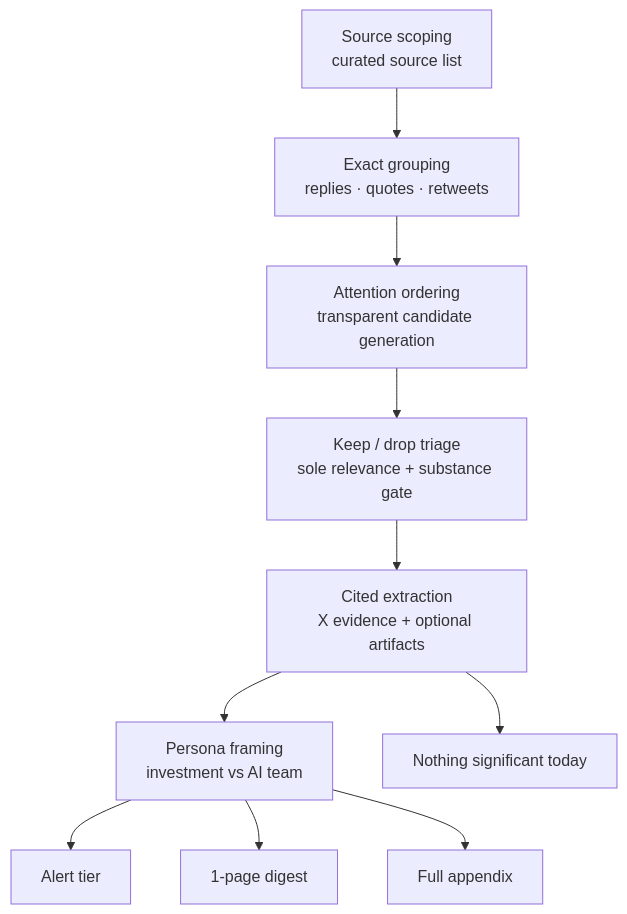
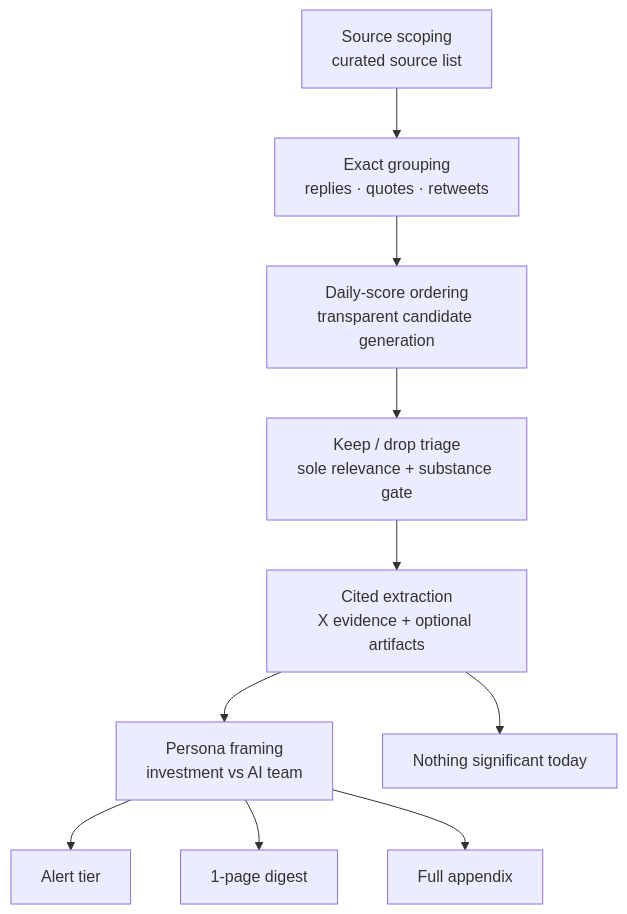
Before and after one commit to AdithyanI/frontier-lab-intelligence: the second of 5 diagrams in docs/architecture/overview.md, drawn with Mermaid. The commit also changed other lines of this file and 15 other files, not shown here.

````diff
--- a/docs/architecture/overview.md
+++ b/docs/architecture/overview.md
@@ -339,17 +345,17 @@
 ```mermaid
 flowchart TD
     S0[Source scoping<br/>curated source list]
     S1[Exact grouping<br/>replies · quotes · retweets]
-    S2[Attention ordering<br/>transparent candidate generation]
+    S2[Daily-score ordering<br/>transparent candidate generation]
     S3[Keep / drop triage<br/>sole relevance + substance gate]
     S4[Cited extraction<br/>X evidence + optional artifacts]
     S5[Persona framing<br/>investment vs AI team]
     OUT1[Alert tier]
     OUT2[1-page digest]
     OUT3[Full appendix]
     NONE[Nothing significant today]
 
     S0 --> S1 --> S2 --> S3 --> S4 --> S5
     S5 --> OUT1 & OUT2 & OUT3
     S4 --> NONE
 ```
````
